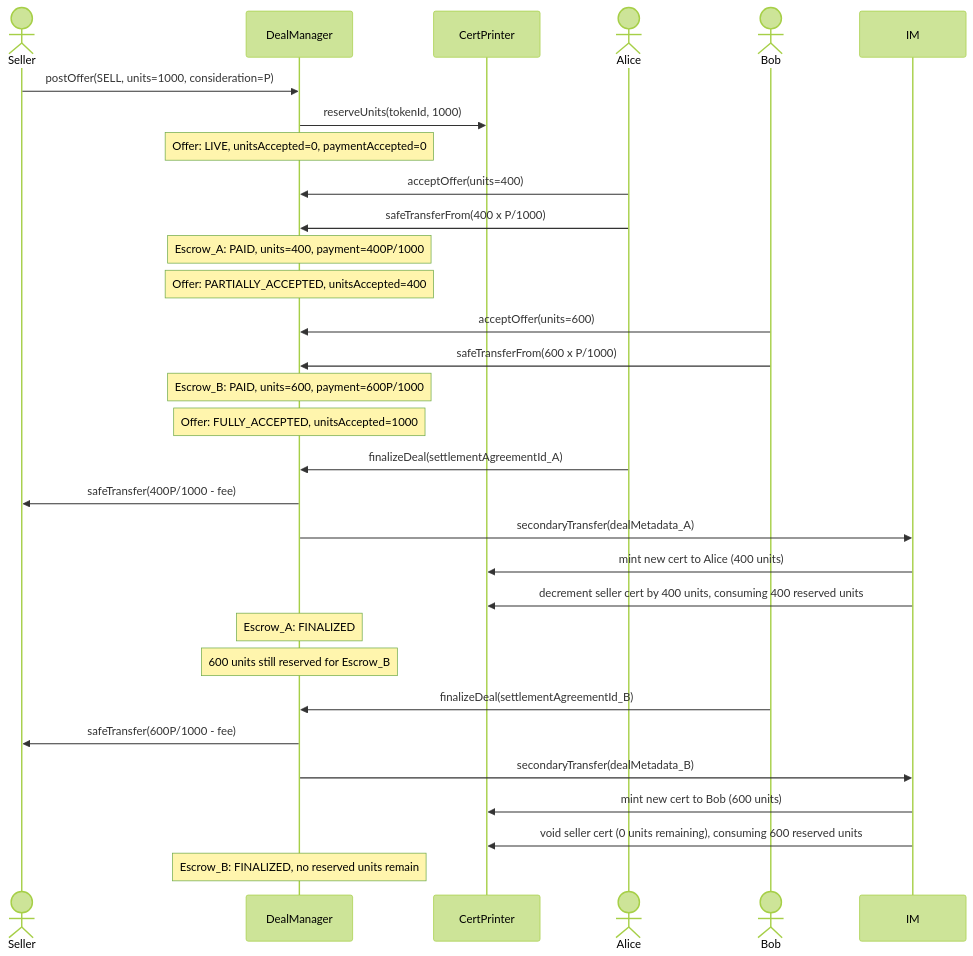
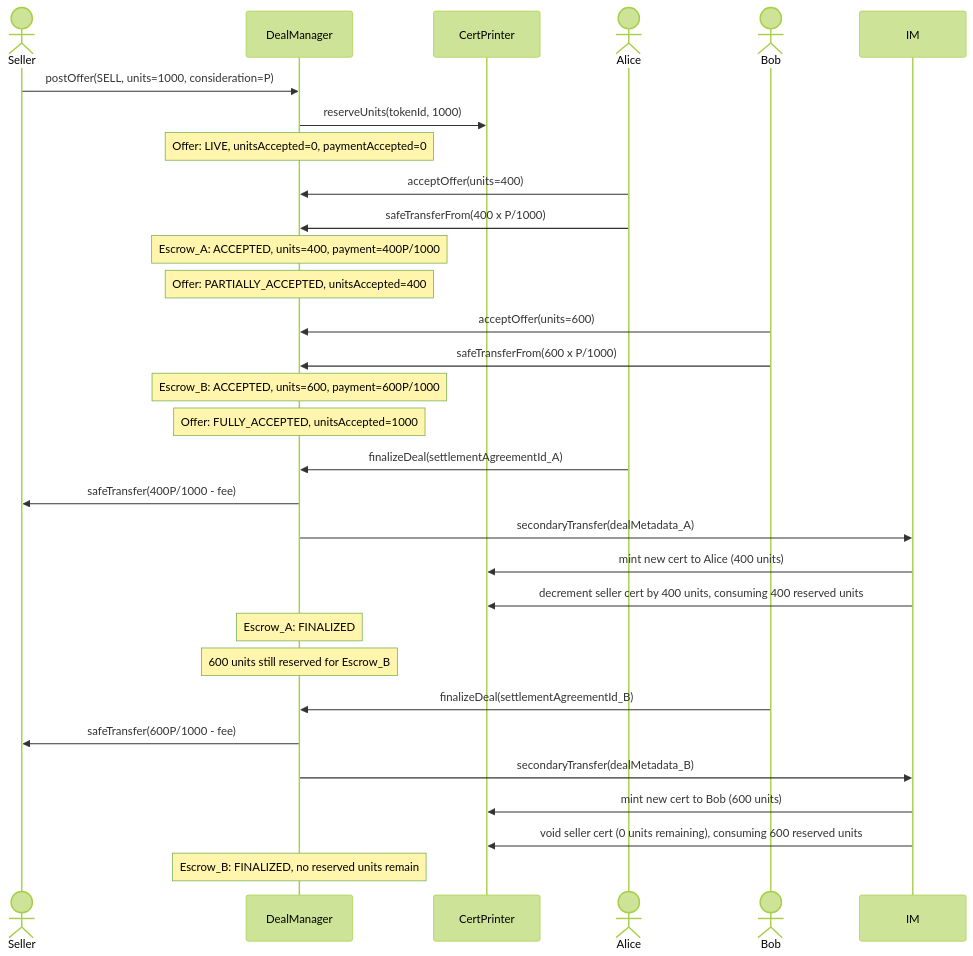
One commit to MetaLex-Tech/cybercorps-contracts changed the fifth of 6 diagrams in specs/analysis/dealManager secondary trades.md. Above: the diagram before and after it, drawn with Mermaid (forest theme). The commit also changed other lines of this file and 3 other files, not shown here.

````diff
--- a/specs/analysis/dealManager secondary trades.md
+++ b/specs/analysis/dealManager secondary trades.md
@@ -188,32 +187,32 @@
 ```mermaid
 sequenceDiagram
     actor Seller
     participant DM as DealManager
     participant Cert as CertPrinter
     actor Alice
     actor Bob
     Seller ->> DM: postOffer(SELL, units=1000, consideration=P)
     DM ->> Cert: reserveUnits(tokenId, 1000)
     Note over DM: Offer: LIVE, unitsAccepted=0, paymentAccepted=0
     Alice ->> DM: acceptOffer(units=400)
     Alice ->> DM: safeTransferFrom(400 x P/1000)
-    Note over DM: Escrow_A: PAID, units=400, payment=400P/1000
+    Note over DM: Escrow_A: ACCEPTED, units=400, payment=400P/1000
     Note over DM: Offer: PARTIALLY_ACCEPTED, unitsAccepted=400
     Bob ->> DM: acceptOffer(units=600)
     Bob ->> DM: safeTransferFrom(600 x P/1000)
-    Note over DM: Escrow_B: PAID, units=600, payment=600P/1000
+    Note over DM: Escrow_B: ACCEPTED, units=600, payment=600P/1000
     Note over DM: Offer: FULLY_ACCEPTED, unitsAccepted=1000
     Alice ->> DM: finalizeDeal(settlementAgreementId_A)
     DM ->> Seller: safeTransfer(400P/1000 - fee)
     DM ->> IM: secondaryTransfer(dealMetadata_A)
     IM ->> Cert: mint new cert to Alice (400 units)
     IM ->> Cert: decrement seller cert by 400 units, consuming 400 reserved units
     Note over DM: Escrow_A: FINALIZED
     Note over DM: 600 units still reserved for Escrow_B
     Bob ->> DM: finalizeDeal(settlementAgreementId_B)
     DM ->> Seller: safeTransfer(600P/1000 - fee)
     DM ->> IM: secondaryTransfer(dealMetadata_B)
     IM ->> Cert: mint new cert to Bob (600 units)
     IM ->> Cert: void seller cert (0 units remaining), consuming 600 reserved units
     Note over DM: Escrow_B: FINALIZED, no reserved units remain
 ```
````
